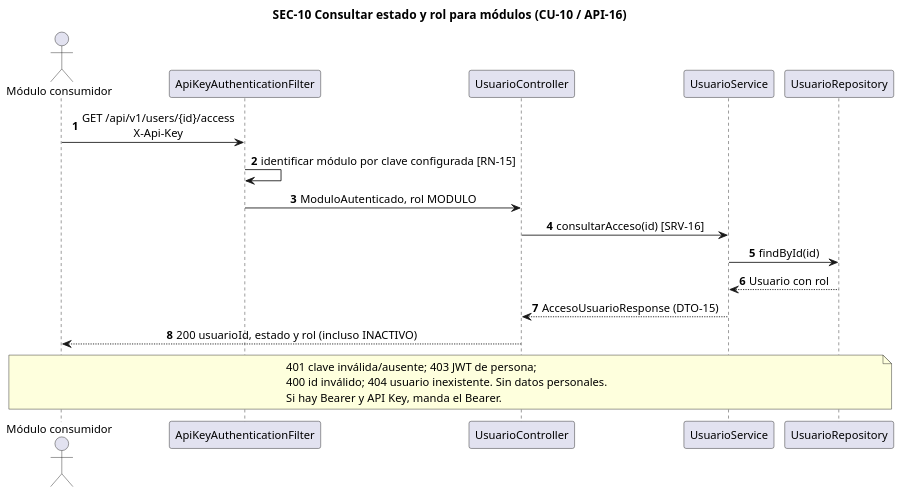
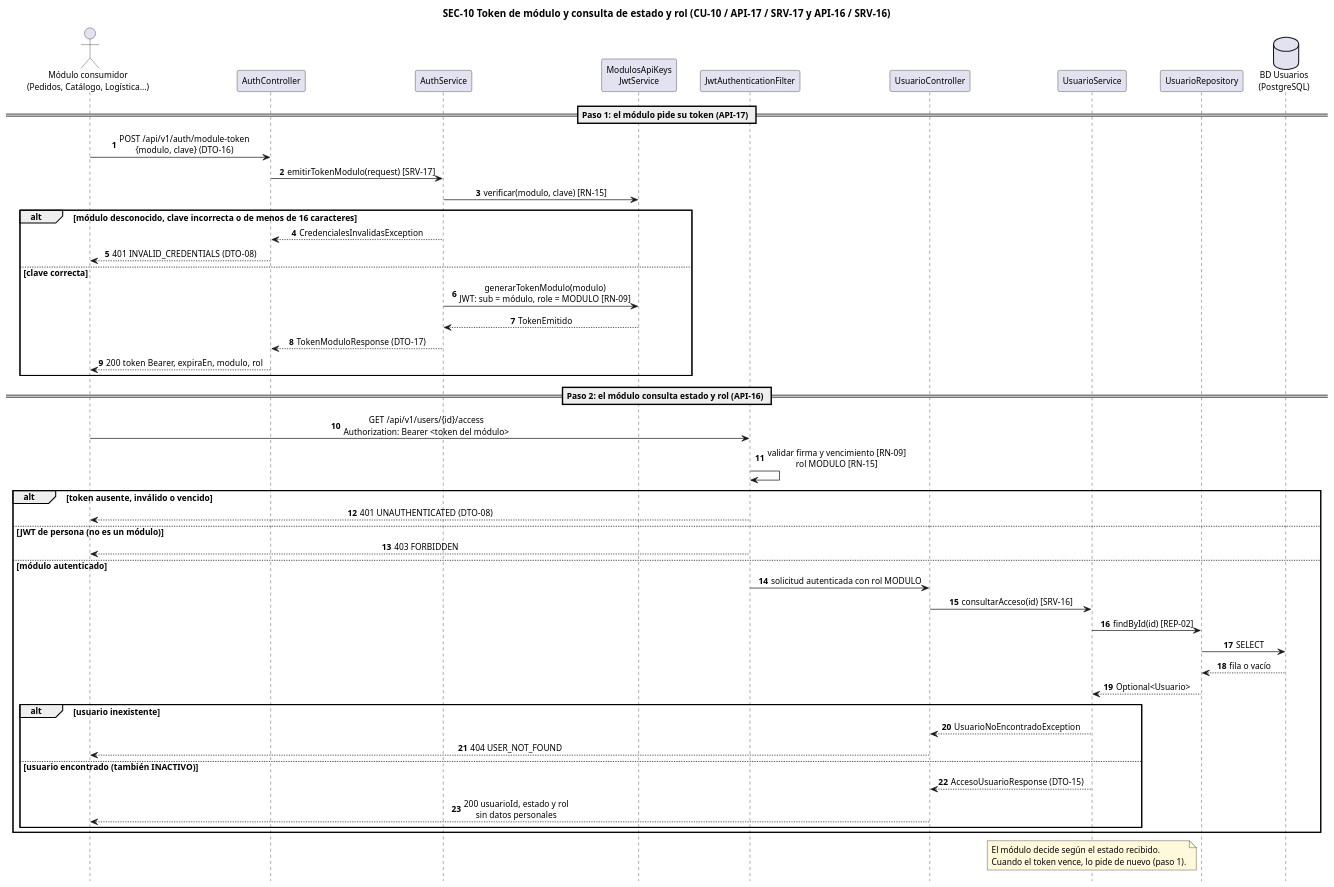
The diagram in doc/Diagramas/SEC-10.puml (CarlaGorgal2002/deliverygo-usuarios-auth), drawn with PlantUML before and after one commit. The commit also changed 30 other files, not shown here.

First line of the commit message:
docs: rehacer los 15 diagramas con las capas y participantes de la plantilla

```diff
--- a/doc/Diagramas/SEC-10.puml
+++ b/doc/Diagramas/SEC-10.puml
@@ -1,23 +1,60 @@
 @startuml SEC-10
-skinparam dpi 135
+skinparam dpi 110
 skinparam shadowing false
 skinparam defaultFontName Arial
-skinparam defaultFontSize 13
+skinparam defaultFontSize 12
 skinparam sequenceMessageAlign center
-title SEC-10 Consultar estado y rol para módulos (CU-10 / API-16)
+skinparam responseMessageBelowArrow true
+skinparam NoteBackgroundColor #FFF9DB
+skinparam ParticipantPadding 12
+hide footbox
+title SEC-10 Token de módulo y consulta de estado y rol (CU-10 / API-17 / SRV-17 y API-16 / SRV-16)
 autonumber
-actor "Módulo consumidor" as M
-participant ApiKeyAuthenticationFilter as F
+actor "Módulo consumidor\n(Pedidos, Catálogo, Logística...)" as A
+participant AuthController as AC
+participant AuthService as AS
+participant "ModulosApiKeys\nJwtService" as K
+participant JwtAuthenticationFilter as F
 participant UsuarioController as C
 participant UsuarioService as S
-participant UsuarioRepository as R
-M -> F : GET /api/v1/users/{id}/access\nX-Api-Key
-F -> F : identificar módulo por clave configurada [RN-15]
-F -> C : ModuloAutenticado, rol MODULO
-C -> S : consultarAcceso(id) [SRV-16]
-S -> R : findById(id)
-R --> S : Usuario con rol
-S --> C : AccesoUsuarioResponse (DTO-15)
-C --> M : 200 usuarioId, estado y rol (incluso INACTIVO)
-note over M,R : 401 clave inválida/ausente; 403 JWT de persona;\n400 id inválido; 404 usuario inexistente. Sin datos personales.\nSi hay Bearer y API Key, manda el Bearer.
+participant UsuarioRepository as UR
+database "BD Usuarios\n(PostgreSQL)" as DB
+
+== Paso 1: el módulo pide su token (API-17) ==
+A -> AC : POST /api/v1/auth/module-token\n{modulo, clave} (DTO-16)
+AC -> AS : emitirTokenModulo(request) [SRV-17]
+AS -> K : verificar(modulo, clave) [RN-15]
+alt módulo desconocido, clave incorrecta o de menos de 16 caracteres
+  AS --> AC : CredencialesInvalidasException
+  AC --> A : 401 INVALID_CREDENTIALS (DTO-08)
+else clave correcta
+  AS -> K : generarTokenModulo(modulo)\nJWT: sub = módulo, role = MODULO [RN-09]
+  K --> AS : TokenEmitido
+  AS --> AC : TokenModuloResponse (DTO-17)
+  AC --> A : 200 token Bearer, expiraEn, modulo, rol
+end
+
+== Paso 2: el módulo consulta estado y rol (API-16) ==
+A -> F : GET /api/v1/users/{id}/access\nAuthorization: Bearer <token del módulo>
+F -> F : validar firma y vencimiento [RN-09]\nrol MODULO [RN-15]
+alt token ausente, inválido o vencido
+  F --> A : 401 UNAUTHENTICATED (DTO-08)
+else JWT de persona (no es un módulo)
+  F --> A : 403 FORBIDDEN
+else módulo autenticado
+  F -> C : solicitud autenticada con rol MODULO
+  C -> S : consultarAcceso(id) [SRV-16]
+  S -> UR : findById(id) [REP-02]
+  UR -> DB : SELECT
+  DB --> UR : fila o vacío
+  UR --> S : Optional<Usuario>
+  alt usuario inexistente
+    S --> C : UsuarioNoEncontradoException
+    C --> A : 404 USER_NOT_FOUND
+  else usuario encontrado (también INACTIVO)
+    S --> C : AccesoUsuarioResponse (DTO-15)
+    C --> A : 200 usuarioId, estado y rol\nsin datos personales
+  end
+end
+note over S : El módulo decide según el estado recibido.\nCuando el token vence, lo pide de nuevo (paso 1).
 @enduml
```
